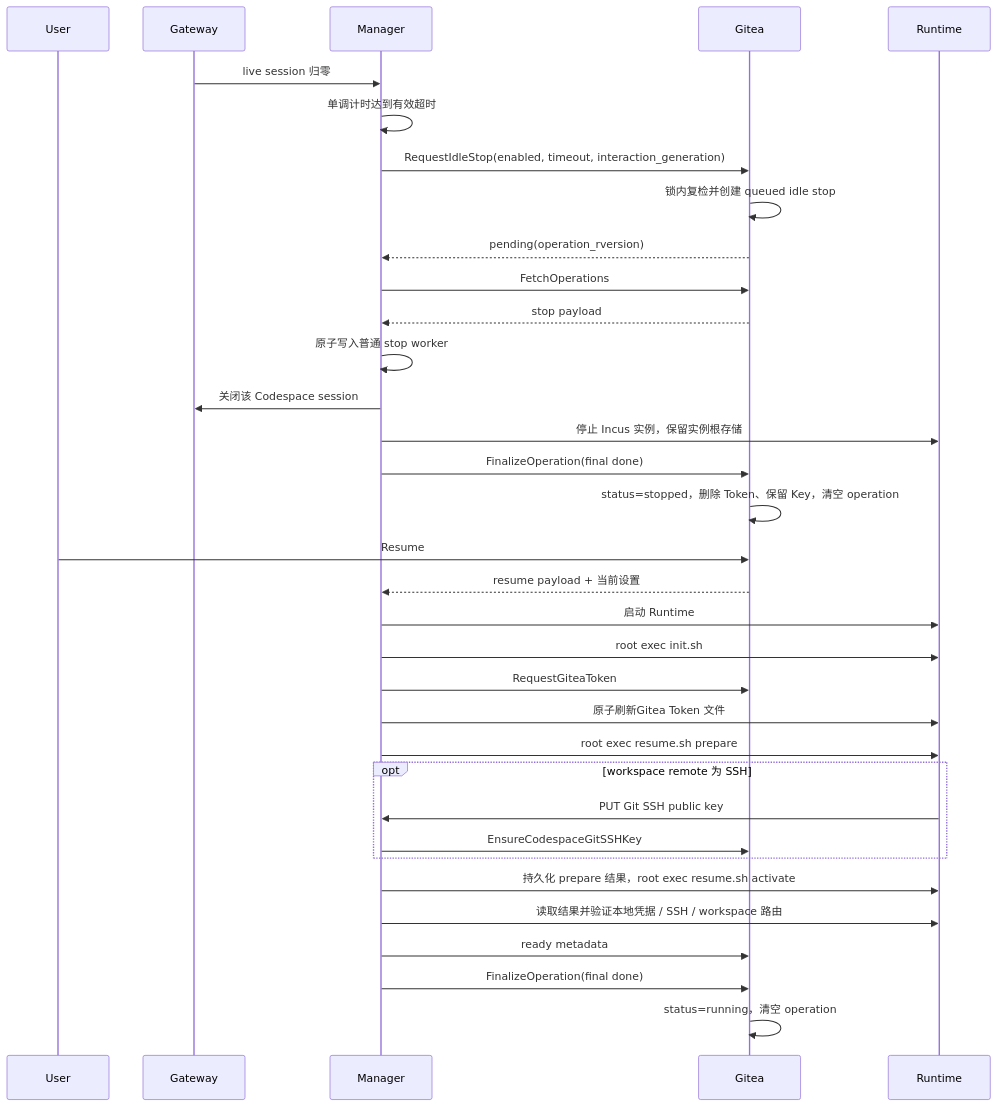
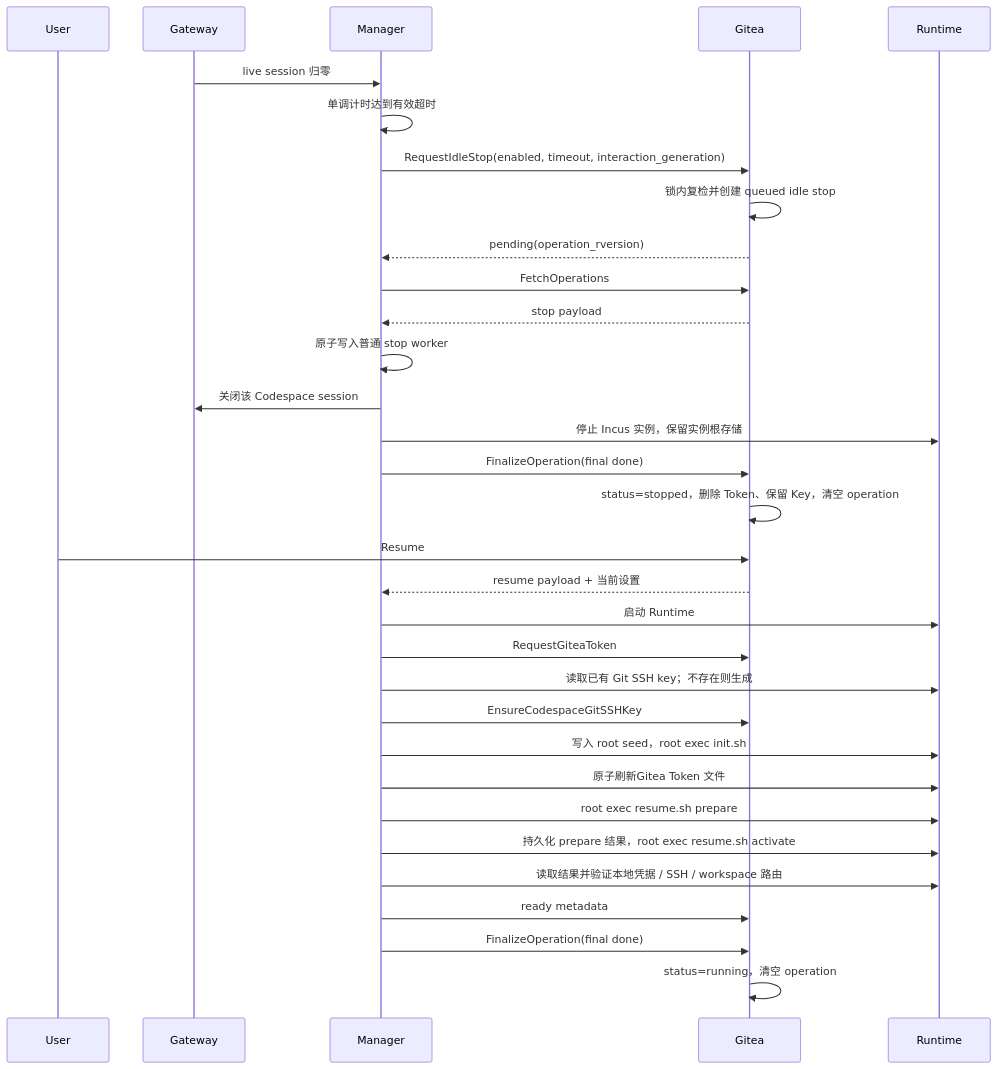
The third of 3 diagrams in src/lifecycle-flows.md (ExplodingDragon/gitea-dev), drawn with Mermaid before and after one commit. The commit also changed other lines of this file and 10 other files, not shown here.

````diff
--- a/src/lifecycle-flows.md
+++ b/src/lifecycle-flows.md
@@ -322,37 +327,35 @@
 ```mermaid
 sequenceDiagram
     participant U as User
     participant W as Gateway
     participant M as Manager
     participant G as Gitea
     participant R as Runtime
 
     W->>M: live session 归零
     M->>M: 单调计时达到有效超时
     M->>G: RequestIdleStop(enabled, timeout, interaction_generation)
     G->>G: 锁内复检并创建 queued idle stop
     G-->>M: pending(operation_rversion)
     M->>G: FetchOperations
     G-->>M: stop payload
     M->>M: 原子写入普通 stop worker
     M->>W: 关闭该 Codespace session
     M->>R: 停止 Incus 实例，保留实例根存储
     M->>G: FinalizeOperation(final done)
     G->>G: status=stopped，删除 Token、保留 Key，清空 operation
     U->>G: Resume
     G-->>M: resume payload + 当前设置
     M->>R: 启动 Runtime
-    M->>R: root exec init.sh
     M->>G: RequestGiteaToken
+    M->>R: 读取已有 Git SSH key；不存在则生成
+    M->>G: EnsureCodespaceGitSSHKey
+    M->>R: 写入 root seed，root exec init.sh
     M->>R: 原子刷新Gitea Token 文件
     M->>R: root exec resume.sh prepare
-    opt workspace remote 为 SSH
-        R->>M: PUT Git SSH public key
-        M->>G: EnsureCodespaceGitSSHKey
-    end
     M->>R: 持久化 prepare 结果，root exec resume.sh activate
     M->>R: 读取结果并验证本地凭据 / SSH / workspace 路由
     M->>G: ready metadata
     M->>G: FinalizeOperation(final done)
     G->>G: status=running，清空 operation
 ```
````
